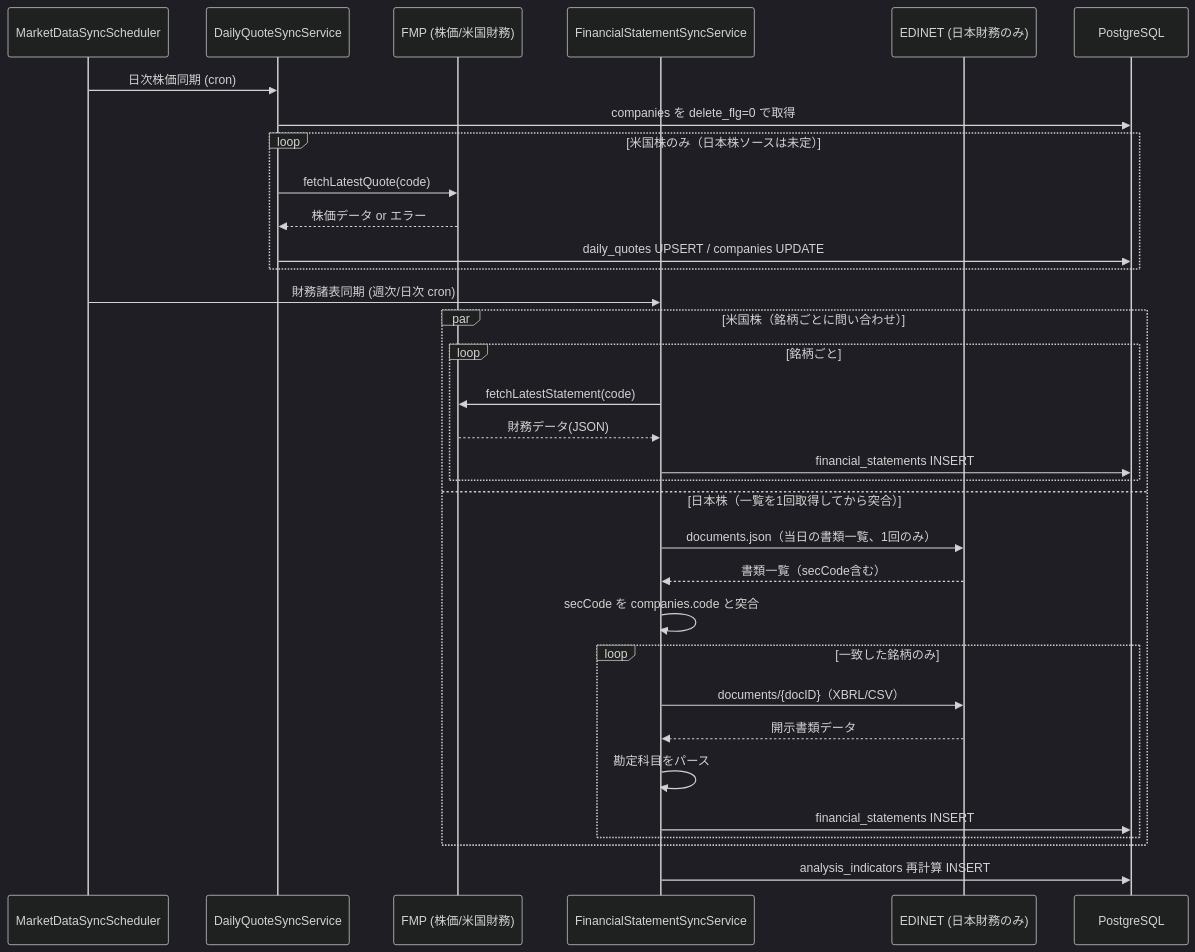
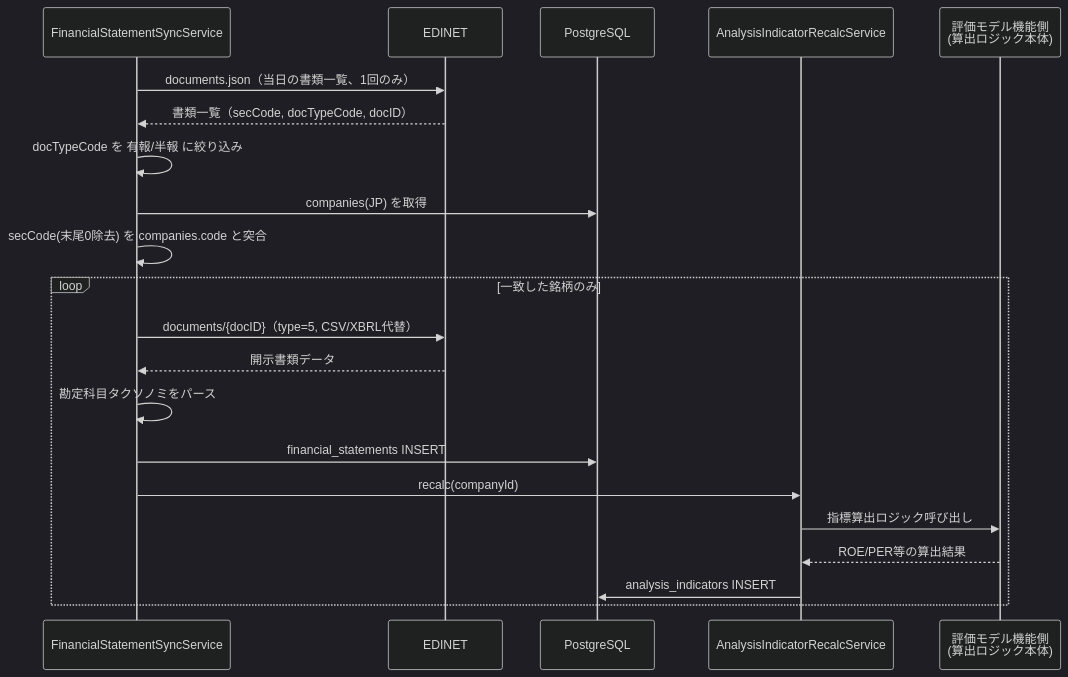
Before and after one commit to gitogitosnack/TheFairValueC2: the fourth of 4 diagrams in docs/batch-market-data-sync-design.md, drawn with Mermaid (dark theme). The commit also changed other lines of this file and 1 other file, not shown here.

````diff
--- a/docs/batch-market-data-sync-design.md
+++ b/docs/batch-market-data-sync-design.md
@@ -181,37 +417,24 @@
 ```mermaid
 sequenceDiagram
-    participant Scheduler as MarketDataSyncScheduler
-    participant DQS as DailyQuoteSyncService
-    participant FMP as FMP (株価/米国財務)
     participant FSS as FinancialStatementSyncService
-    participant EDINET as EDINET (日本財務のみ)
+    participant EDINET as EDINET
     participant DB as PostgreSQL
+    participant Recalc as AnalysisIndicatorRecalcService
+    participant ValModel as 評価モデル機能側<br/>(算出ロジック本体)
 
-    Scheduler->>DQS: 日次株価同期 (cron)
-    DQS->>DB: companies を delete_flg=0 で取得
-    loop 米国株のみ（日本株ソースは未定）
-        DQS->>FMP: fetchLatestQuote(code)
-        FMP-->>DQS: 株価データ or エラー
-        DQS->>DB: daily_quotes UPSERT / companies UPDATE
+    FSS->>EDINET: documents.json（当日の書類一覧、1回のみ）
+    EDINET-->>FSS: 書類一覧（secCode, docTypeCode, docID）
+    FSS->>FSS: docTypeCode を 有報/半報 に絞り込み
+    FSS->>DB: companies(JP) を取得
+    FSS->>FSS: secCode(末尾0除去) を companies.code と突合
+    loop 一致した銘柄のみ
+        FSS->>EDINET: documents/{docID}（type=5, CSV/XBRL代替）
+        EDINET-->>FSS: 開示書類データ
+        FSS->>FSS: 勘定科目タクソノミをパース
+        FSS->>DB: financial_statements INSERT
+        FSS->>Recalc: recalc(companyId)
+        Recalc->>ValModel: 指標算出ロジック呼び出し
+        ValModel-->>Recalc: ROE/PER等の算出結果
+        Recalc->>DB: analysis_indicators INSERT
     end
-
-    Scheduler->>FSS: 財務諸表同期 (週次/日次 cron)
-    par 米国株（銘柄ごとに問い合わせ）
-        loop 銘柄ごと
-            FSS->>FMP: fetchLatestStatement(code)
-            FMP-->>FSS: 財務データ(JSON)
-            FSS->>DB: financial_statements INSERT
-        end
-    and 日本株（一覧を1回取得してから突合）
-        FSS->>EDINET: documents.json（当日の書類一覧、1回のみ）
-        EDINET-->>FSS: 書類一覧（secCode含む）
-        FSS->>FSS: secCode を companies.code と突合
-        loop 一致した銘柄のみ
-            FSS->>EDINET: documents/{docID}（XBRL/CSV）
-            EDINET-->>FSS: 開示書類データ
-            FSS->>FSS: 勘定科目をパース
-            FSS->>DB: financial_statements INSERT
-        end
-    end
-    FSS->>DB: analysis_indicators 再計算 INSERT
 ```
````
